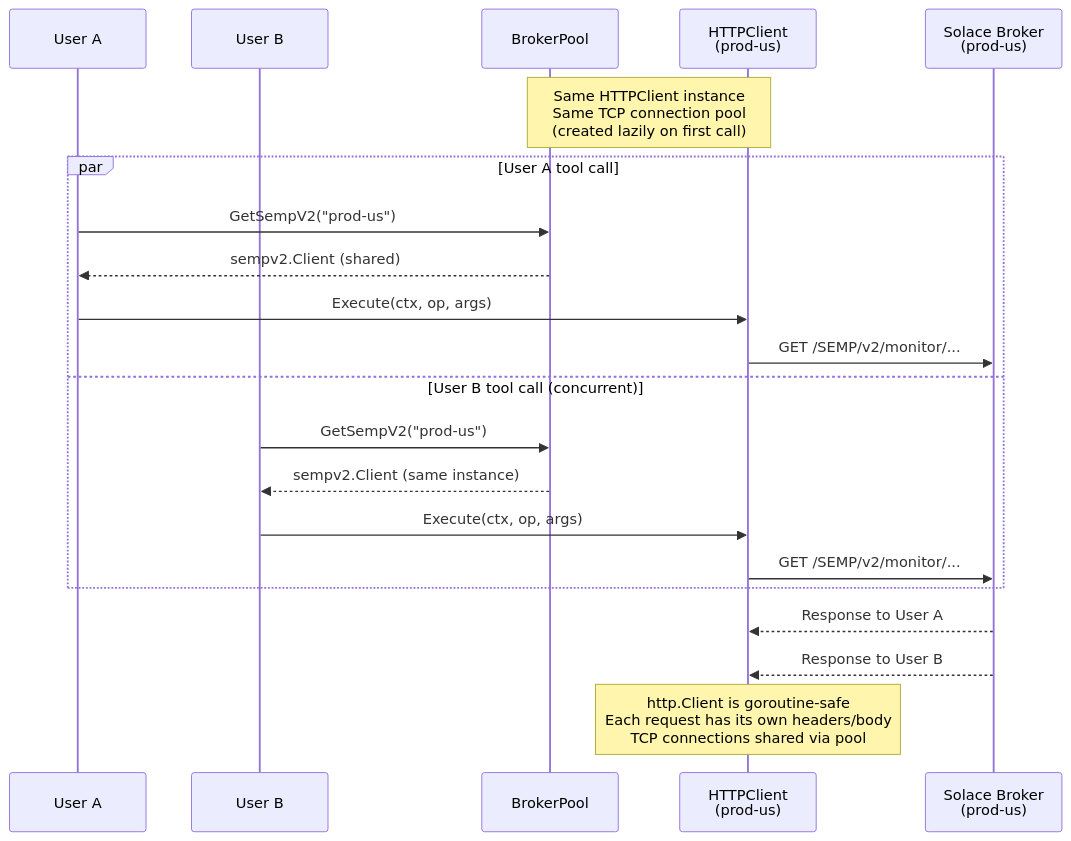
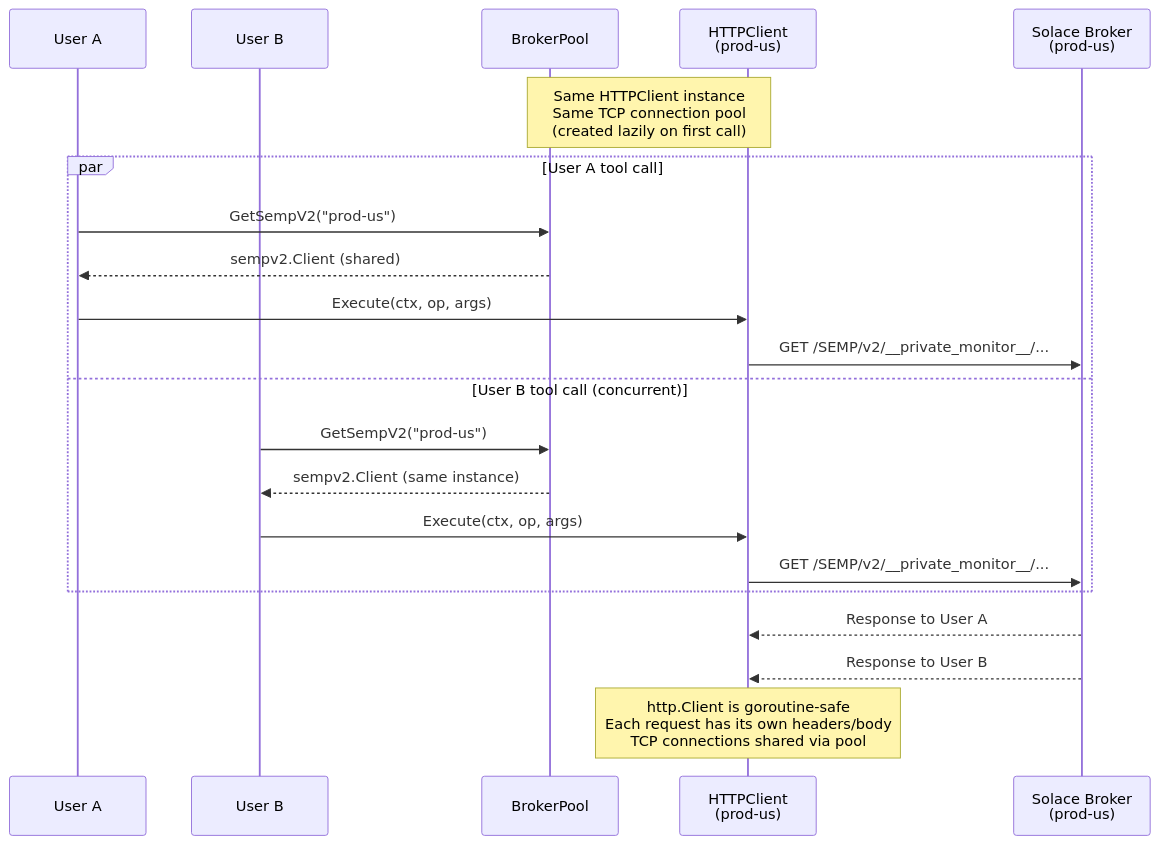
One commit to SolaceProducts/solace-broker-mcp changed the third of 4 diagrams in docs/internal/architecture.md. Above: the diagram before and after it, drawn with Mermaid. The commit also changed other lines of this file, not shown here.

First line of the commit message:
Address review: only the private monitor spec is embedded

````diff
--- a/docs/internal/architecture.md
+++ b/docs/internal/architecture.md
@@ -150,27 +151,27 @@
 ```mermaid
 sequenceDiagram
     participant A as User A
     participant B as User B
     participant Pool as BrokerPool
     participant HC as HTTPClient<br/>(prod-us)
     participant Broker as Solace Broker<br/>(prod-us)
 
     Note over Pool,HC: Same HTTPClient instance<br/>Same TCP connection pool<br/>(created lazily on first call)
 
     par User A tool call
         A->>Pool: GetSempV2("prod-us")
         Pool-->>A: sempv2.Client (shared)
         A->>HC: Execute(ctx, op, args)
-        HC->>Broker: GET /SEMP/v2/monitor/...
+        HC->>Broker: GET /SEMP/v2/__private_monitor__/...
     and User B tool call (concurrent)
         B->>Pool: GetSempV2("prod-us")
         Pool-->>B: sempv2.Client (same instance)
         B->>HC: Execute(ctx, op, args)
-        HC->>Broker: GET /SEMP/v2/monitor/...
+        HC->>Broker: GET /SEMP/v2/__private_monitor__/...
     end
 
     Broker-->>HC: Response to User A
     Broker-->>HC: Response to User B
 
     Note over HC: http.Client is goroutine-safe<br/>Each request has its own headers/body<br/>TCP connections shared via pool
 ```
````
